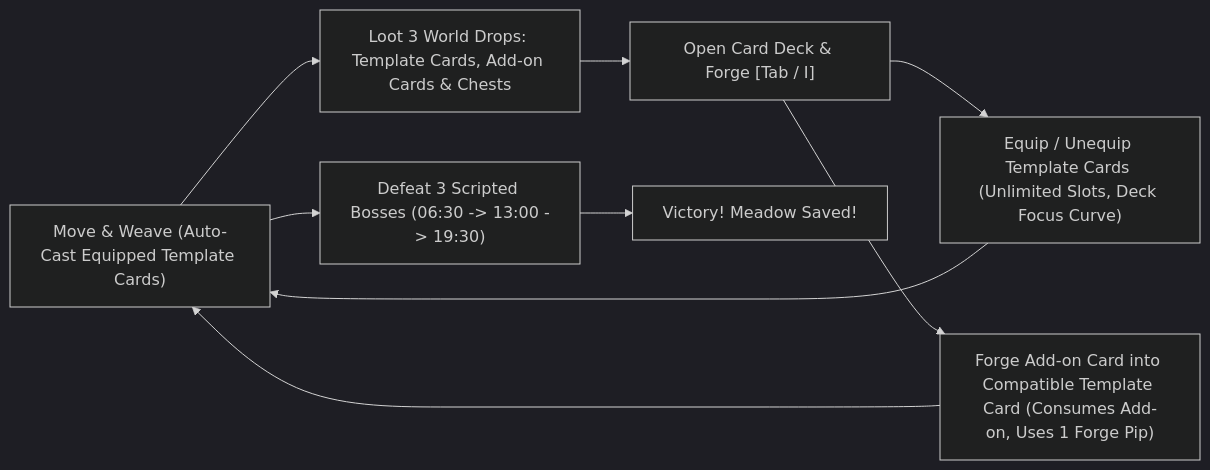
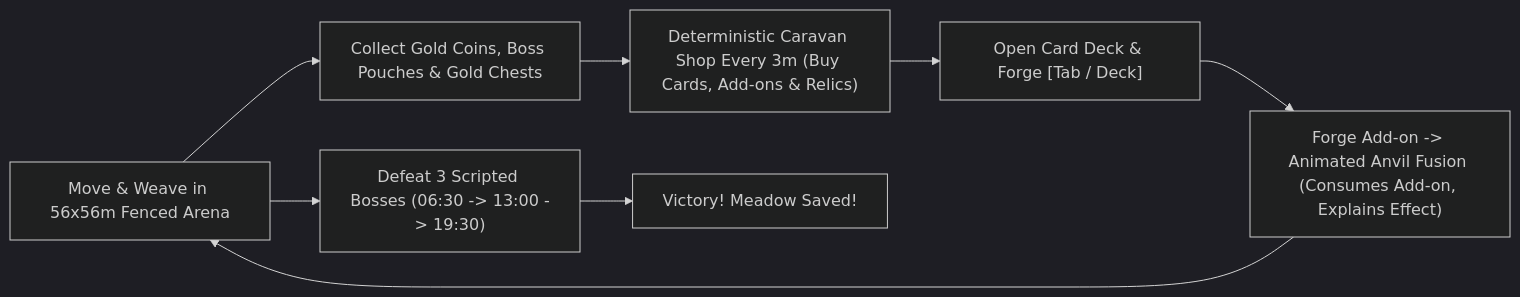
One commit to normandra/paw-and-prism changed the diagram in docs/GAME_DESIGN_DOCUMENT.md. Above: the diagram before and after it, drawn with Mermaid (dark theme). The commit also changed other lines of this file and 34 other files, not shown here.

Commit message:
v3.1: Deterministic 3m Gold Shops, 12 Relics, 56x56m Arena + Minimap, readable forged effects & Forge animation

````diff
--- a/docs/GAME_DESIGN_DOCUMENT.md
+++ b/docs/GAME_DESIGN_DOCUMENT.md
@@ -29,11 +29,10 @@
 ```mermaid
 flowchart LR
-    M["Move & Weave (Auto-Cast Equipped Template Cards)"] --> L["Loot 3 World Drops: Template Cards, Add-on Cards & Chests"]
-    L --> D["Open Card Deck & Forge [Tab / I]"]
-    D --> E["Equip / Unequip Template Cards (Unlimited Slots, Deck Focus Curve)"]
-    D --> F["Forge Add-on Card into Compatible Template Card (Consumes Add-on, Uses 1 Forge Pip)"]
-    E --> M
+    M["Move & Weave in 56x56m Fenced Arena"] --> G["Collect Gold Coins, Boss Pouches & Gold Chests"]
+    G --> S["Deterministic Caravan Shop Every 3m (Buy Cards, Add-ons & Relics)"]
+    S --> D["Open Card Deck & Forge [Tab / Deck]"]
+    D --> F["Forge Add-on -> Animated Anvil Fusion (Consumes Add-on, Explains Effect)"]
     F --> M
     M --> B["Defeat 3 Scripted Bosses (06:30 -> 13:00 -> 19:30)"]
     B --> V["Victory! Meadow Saved!"]
 ```
````
